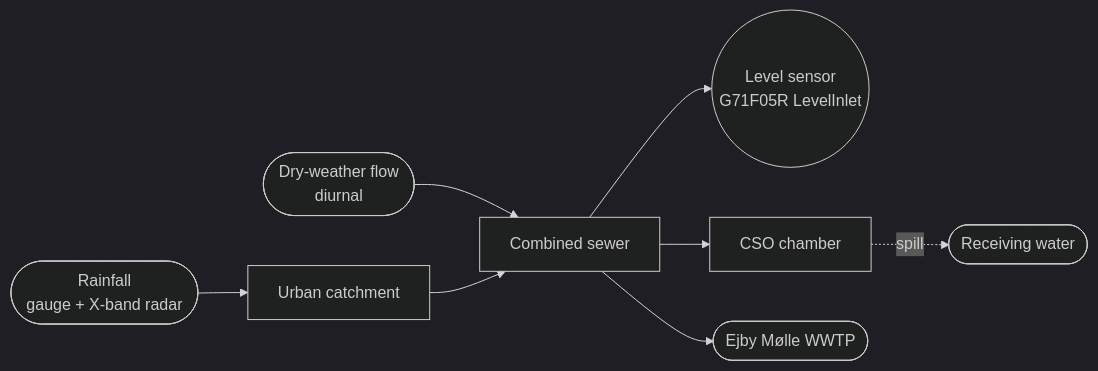
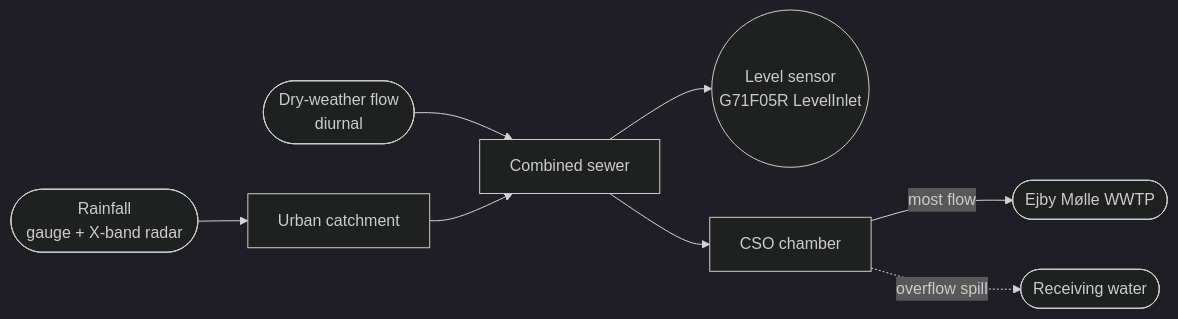
The diagram in docs/cases/bellinge_sewer_level.md (DHI/timeseries-forecasting-benchmark), drawn with Mermaid (dark theme) before and after one commit. The commit also changed other lines of this file and 5 other files, not shown here.

````diff
--- a/docs/cases/bellinge_sewer_level.md
+++ b/docs/cases/bellinge_sewer_level.md
@@ -11,10 +11,10 @@
 ```mermaid
 flowchart LR
     R([Rainfall<br/>gauge + X-band radar]) --> C[Urban catchment]
     D([Dry-weather flow<br/>diurnal]) --> P[Combined sewer]
     C --> P
     P --> L((Level sensor<br/>G71F05R LevelInlet))
     P --> CSO[CSO chamber]
-    CSO -.->|spill| W([Receiving water])
-    P --> WWTP([Ejby Mølle WWTP])
+    CSO -->|most flow| WWTP([Ejby Mølle WWTP])
+    CSO -.->|overflow spill| W([Receiving water])
 ```
````
